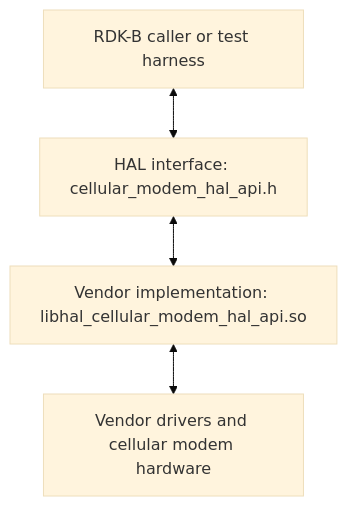
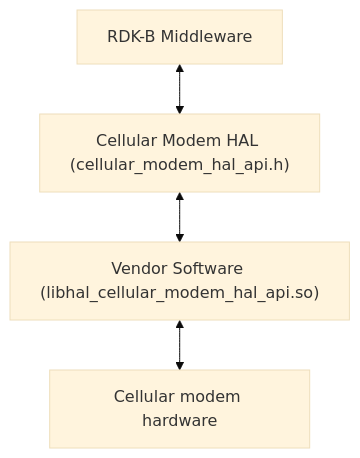
Before and after one commit to Blitzy-Sky/rdkb-halif-cellular-modem: the first of 2 diagrams in docs/pages/halSpec.md, drawn with Mermaid (base theme). The commit also changed other lines of this file, not shown here.

First line of the commit message:
docs: simplify the Cellular Modem HAL specification

````diff
--- a/docs/pages/halSpec.md
+++ b/docs/pages/halSpec.md
@@ -50,6 +23,6 @@
 ```mermaid
 flowchart TD
-    Caller["RDK-B caller or test harness"] <--> HALIF["HAL interface: cellular_modem_hal_api.h"]
-    HALIF <--> VendorImpl["Vendor implementation: libhal_cellular_modem_hal_api.so"]
-    VendorImpl <--> VendorDrivers["Vendor drivers and cellular modem hardware"]
+    Caller["RDK-B Middleware"] <--> HAL["Cellular Modem HAL (cellular_modem_hal_api.h)"]
+    HAL <--> Vendor["Vendor Software (libhal_cellular_modem_hal_api.so)"]
+    Vendor <--> Hardware["Cellular modem hardware"]
 ```
````
